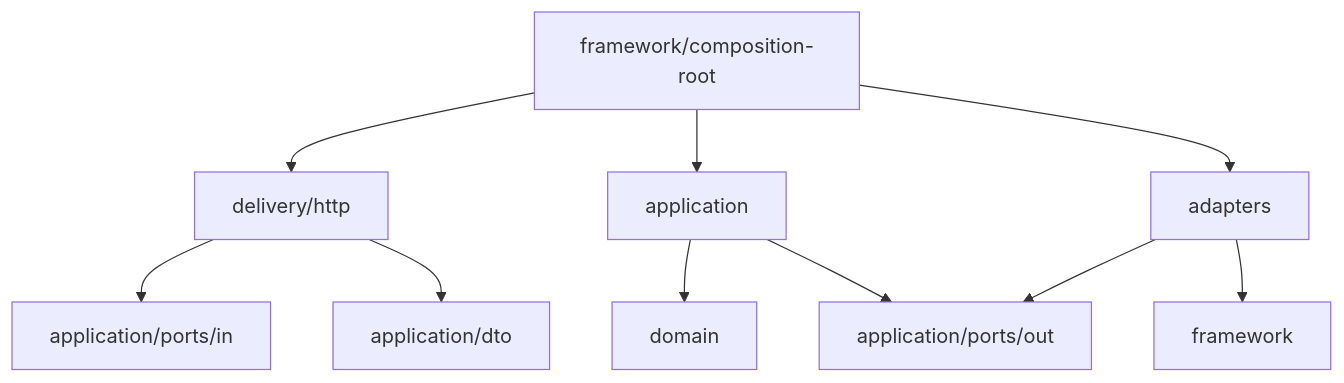
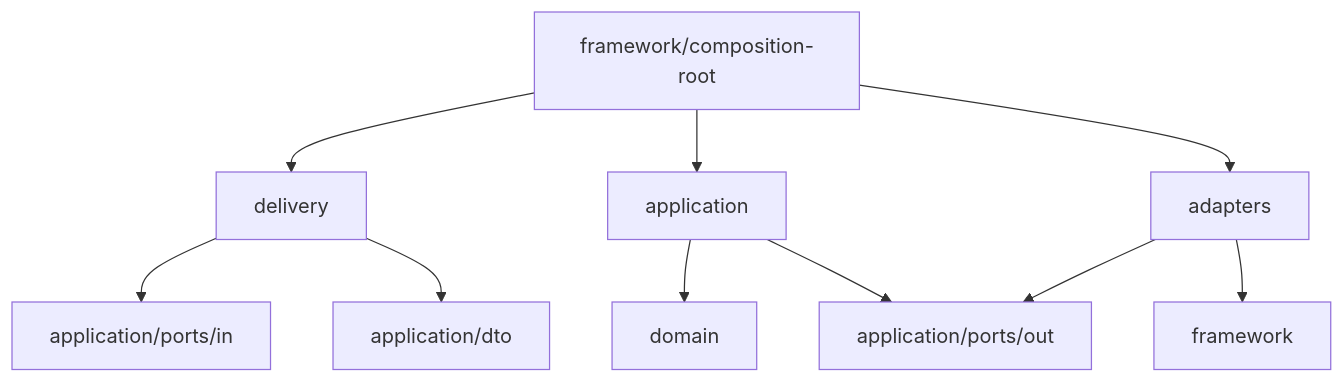
One commit to junaidatique/clean-plus-architecture changed the first of 14 diagrams in README.md. Above: the diagram before and after it, drawn with Mermaid. The commit also changed other lines of this file, not shown here.

Commit message:
replace images with flow charts.

````diff
--- a/README.md
+++ b/README.md
@@ -385,12 +385,12 @@
 ```mermaid
 flowchart TB
-  DEL["delivery/http"] --> INP["application/ports/in"]
+  DEL["delivery"] --> INP["application/ports/in"]
   DEL --> DTO["application/dto"]
   APP["application"] --> DOM["domain"]
   APP --> OUTP["application/ports/out"]
   ADP["adapters"] --> OUTP
   ADP --> FW["framework"]
   CR["framework/composition-root"] --> DEL
   CR --> APP
   CR --> ADP
 ```
````
